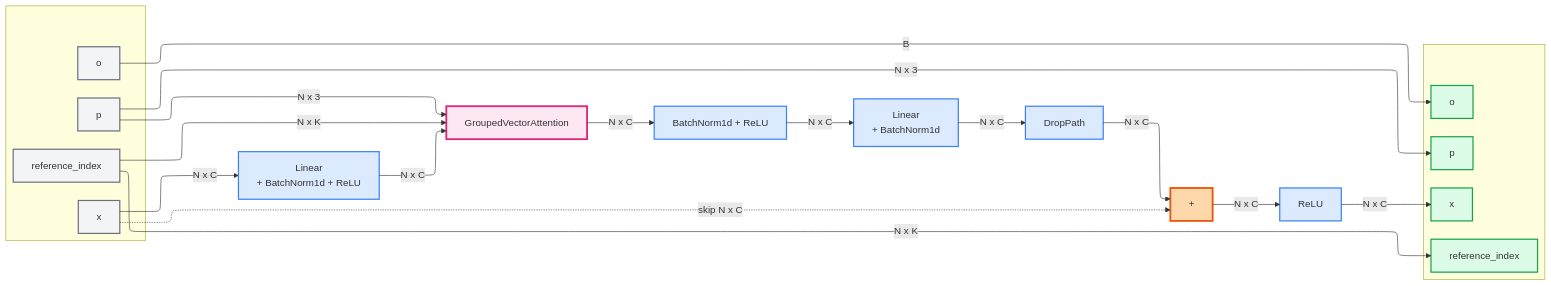
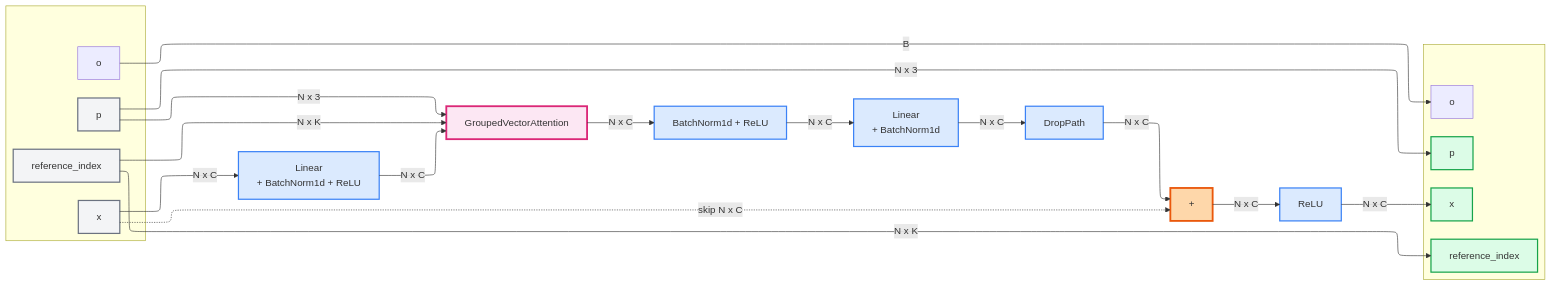
One commit to antoineach/antoineach.github.io changed the diagram in assets/img/poinTransformerV2/block.md. Above: the diagram before and after it, drawn with Mermaid. The commit also changed 3 other files, not shown here.

````diff
--- a/assets/img/poinTransformerV2/block.md
+++ b/assets/img/poinTransformerV2/block.md
@@ -1,63 +1,61 @@
 ```mermaid
 ---
 config:
   layout: elk
 ---
 graph LR
     subgraph InputPXO[" "]
         p["p"]
         x["x"]
         o["o"]
         ref["reference_index"]
     end
     
     x -->|N x C| FC1["Linear<br>+ BatchNorm1d + ReLU"]
     
     FC1 -->|N x C| GVA["GroupedVectorAttention"]
     
     p -->|N x 3| GVA
     ref -->|N x K| GVA
     
     GVA -->|N x C| Norm2["BatchNorm1d + ReLU"]
     Norm2 -->|N x C| FC3["Linear<br>+ BatchNorm1d"]
     
     FC3 -->|N x C| DropPath["DropPath"]
     DropPath -->|N x C| Add["+"]
     x -.skip N x C.-> Add
     
     Add -->|N x C| ReLU["ReLU"]
     
     subgraph OutputPXO[" "]
         pout["p"]
         xout["x"]
         oout_t["o"]
         oout["reference_index"]
     end
     
     p -->|N x 3| pout
     ReLU -->|N x C| xout
 
     o --> |B| oout_t
     ref -->|N x K| oout
     
     style p fill:#f3f4f6,stroke:#6b7280,stroke-width:2px
     style x fill:#f3f4f6,stroke:#6b7280,stroke-width:2px
-    style o fill:#f3f4f6,stroke:#6b7280,stroke-width:2px
     style ref fill:#f3f4f6,stroke:#6b7280,stroke-width:2px
     
     style FC1 fill:#dbeafe,stroke:#3b82f6,stroke-width:2px
     
     style GVA fill:#fce7f3,stroke:#db2777,stroke-width:3px
     
     style Norm2 fill:#dbeafe,stroke:#3b82f6,stroke-width:2px
     style FC3 fill:#dbeafe,stroke:#3b82f6,stroke-width:2px
     style DropPath fill:#dbeafe,stroke:#3b82f6,stroke-width:2px
     
     style Add fill:#fed7aa,stroke:#ea580c,stroke-width:3px
     style ReLU fill:#dbeafe,stroke:#3b82f6,stroke-width:2px
     
     style pout fill:#dcfce7,stroke:#16a34a,stroke-width:2px
     style xout fill:#dcfce7,stroke:#16a34a,stroke-width:2px
-    style oout_t fill:#dcfce7,stroke:#16a34a,stroke-width:2px
     style oout fill:#dcfce7,stroke:#16a34a,stroke-width:2px
 ```
````
